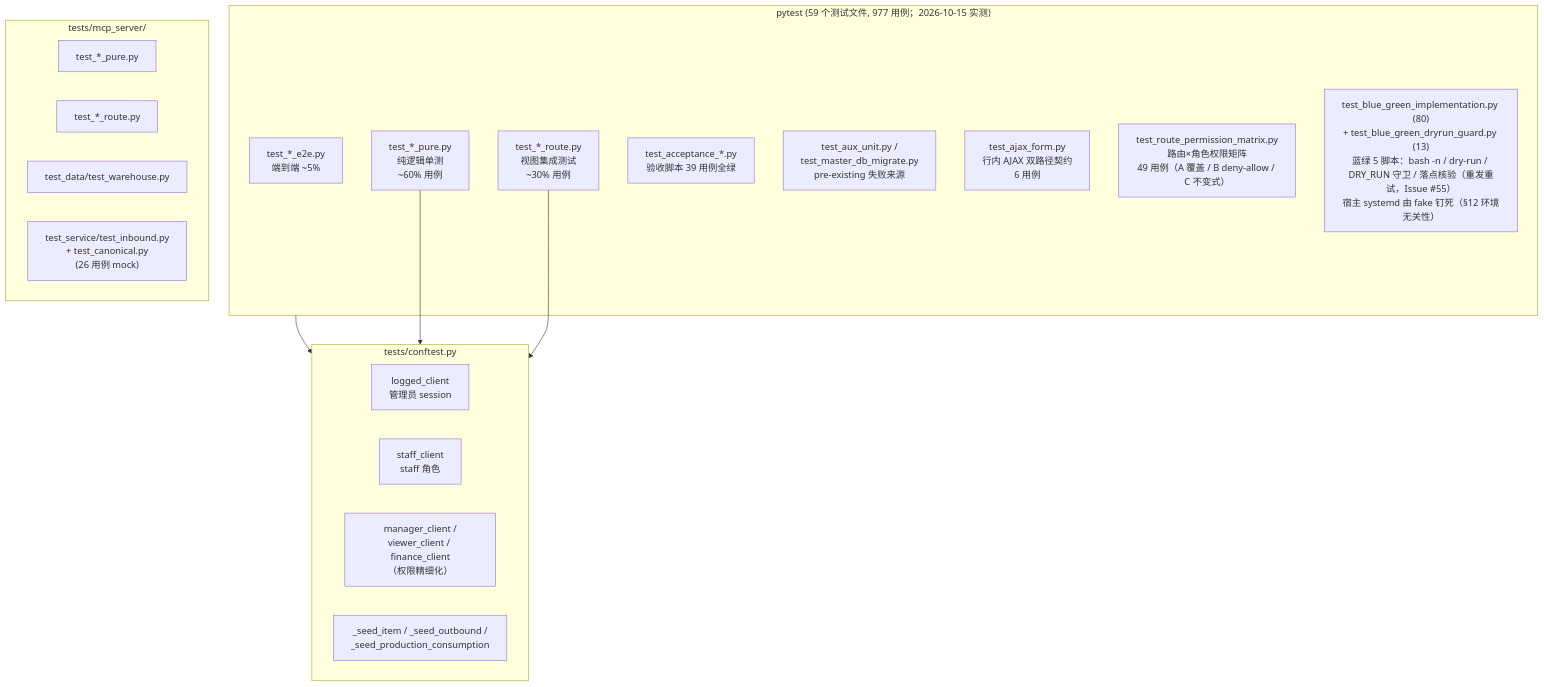
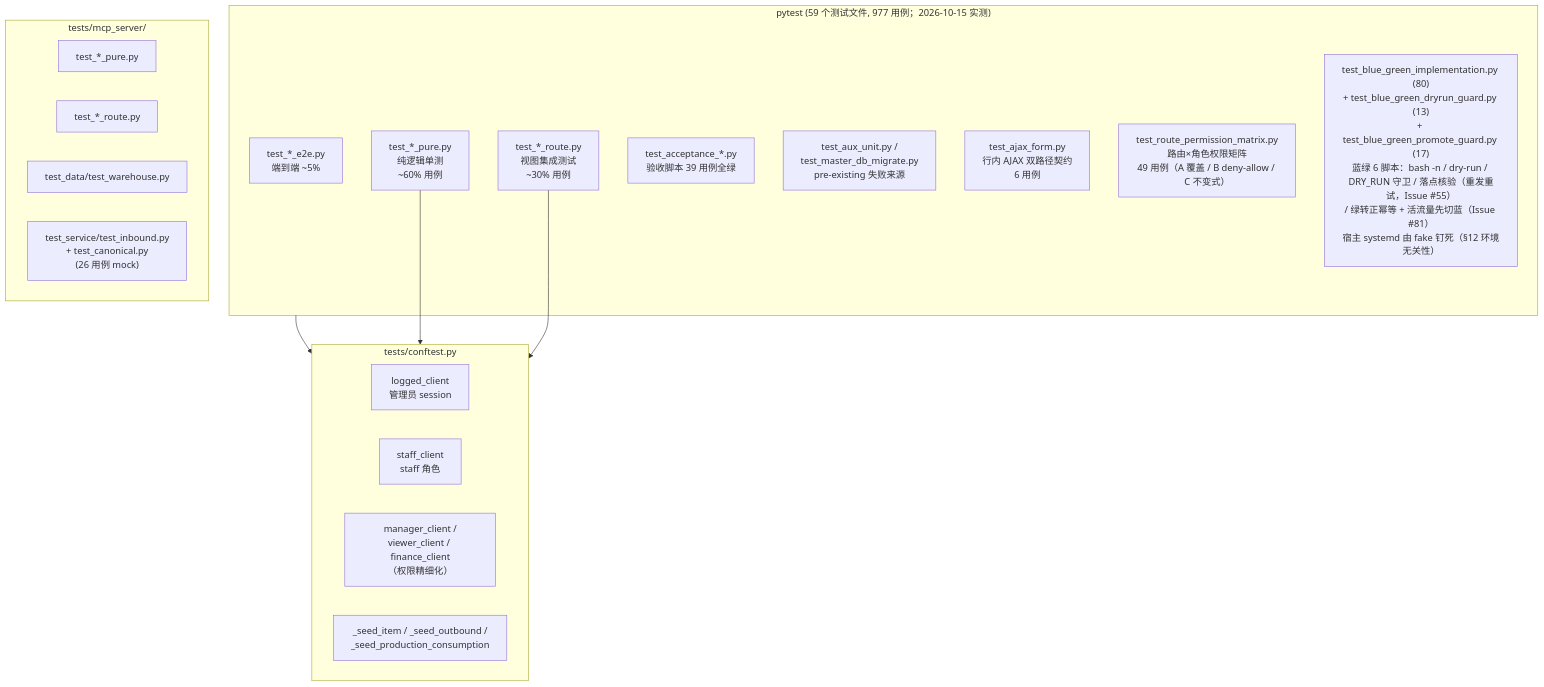
Before and after one commit to ericmr1981/DailyCheck: diagram 17 of 17 in docs/ARCHITECTURE.md, drawn with Mermaid. The commit also changed other lines of this file and 3 other files, not shown here.

First line of the commit message:
fix(blue-green): 转正脚本化 promote.sh + up.sh 重启前判活流量

````diff
--- a/docs/ARCHITECTURE.md
+++ b/docs/ARCHITECTURE.md
@@ -1094,31 +1097,31 @@
 ```mermaid
 flowchart TB
     subgraph Pytest["pytest (59 个测试文件, 977 用例；2026-10-15 实测)"]
         Pure["test_*_pure.py<br/>纯逻辑单测<br/>~60% 用例"]
         Route["test_*_route.py<br/>视图集成测试<br/>~30% 用例"]
         E2E["test_*_e2e.py<br/>端到端 ~5%"]
         Acceptance["test_acceptance_*.py<br/>验收脚本 39 用例全绿"]
         Aux["test_aux_unit.py /<br/>test_master_db_migrate.py<br/>pre-existing 失败来源"]
         Ajax["test_ajax_form.py<br/>行内 AJAX 双路径契约<br/>6 用例"]
         Perm["test_route_permission_matrix.py<br/>路由×角色权限矩阵<br/>49 用例（A 覆盖 / B deny-allow / C 不变式）"]
-        BlueGreen["test_blue_green_implementation.py (80)<br/>+ test_blue_green_dryrun_guard.py (13)<br/>蓝绿 5 脚本：bash -n / dry-run / DRY_RUN 守卫 / 落点核验（重发重试，Issue #55）<br/>宿主 systemd 由 fake 钉死（§12 环境无关性）"]
+        BlueGreen["test_blue_green_implementation.py (80)<br/>+ test_blue_green_dryrun_guard.py (13)<br/>+ test_blue_green_promote_guard.py (17)<br/>蓝绿 6 脚本：bash -n / dry-run / DRY_RUN 守卫 / 落点核验（重发重试，Issue #55）<br/>/ 绿转正幂等 + 活流量先切蓝（Issue #81）<br/>宿主 systemd 由 fake 钉死（§12 环境无关性）"]
     end
 
     subgraph Conftest["tests/conftest.py"]
         LoggedClient["logged_client<br/>管理员 session"]
         StaffClient["staff_client<br/>staff 角色"]
         RoleClients["manager_client /<br/>viewer_client / finance_client<br/>（权限精细化）"]
         SeedHelpers["_seed_item / _seed_outbound /<br/>_seed_production_consumption"]
     end
 
     subgraph MCPTest["tests/mcp_server/"]
         MCPPure["test_*_pure.py"]
         MCPRoute["test_*_route.py"]
         MCPData["test_data/test_warehouse.py"]
         MCPService["test_service/test_inbound.py<br/>+ test_canonical.py<br/>(26 用例 mock)"]
     end
 
     Pytest --> Conftest
     Pure --> Conftest
     Route --> Conftest
 ```
````
